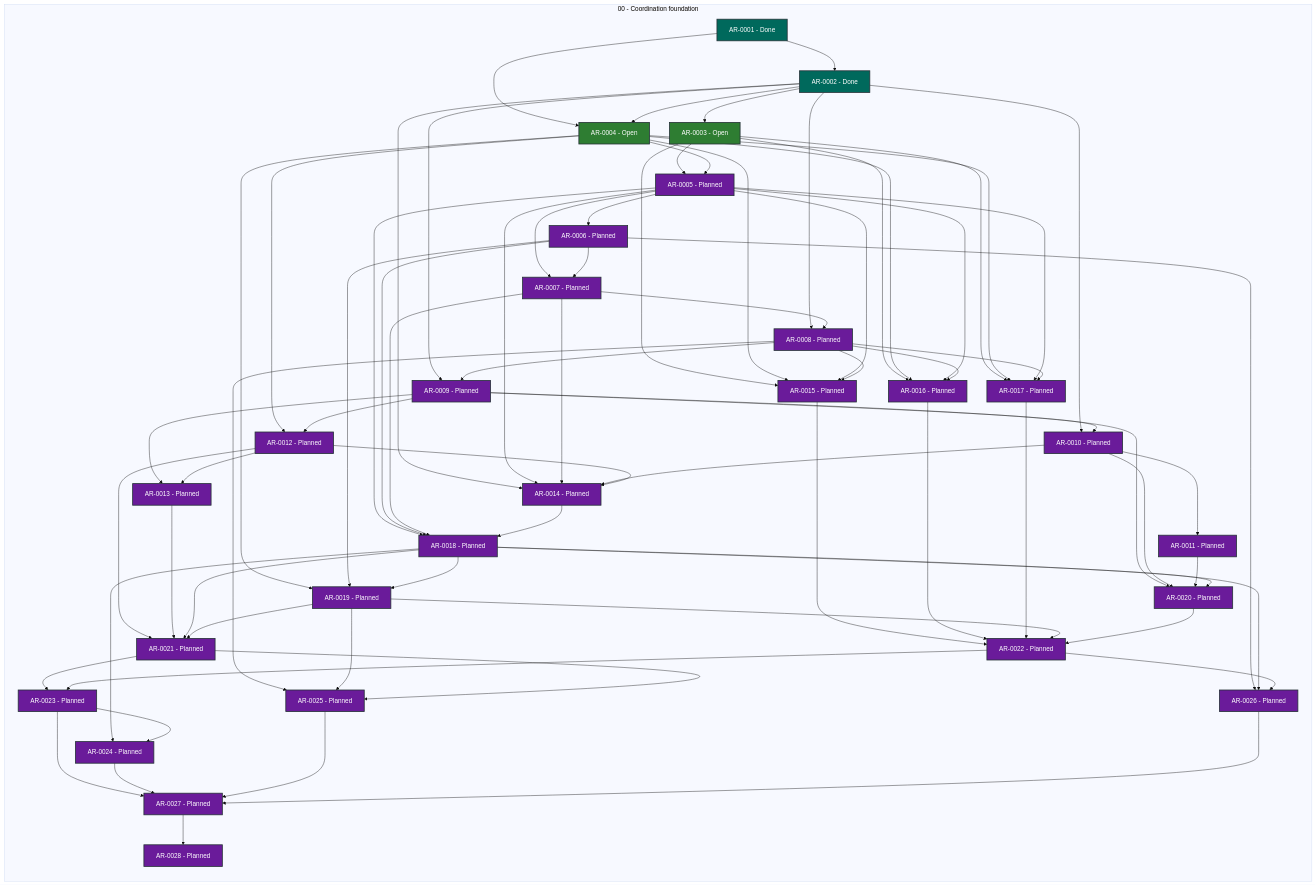
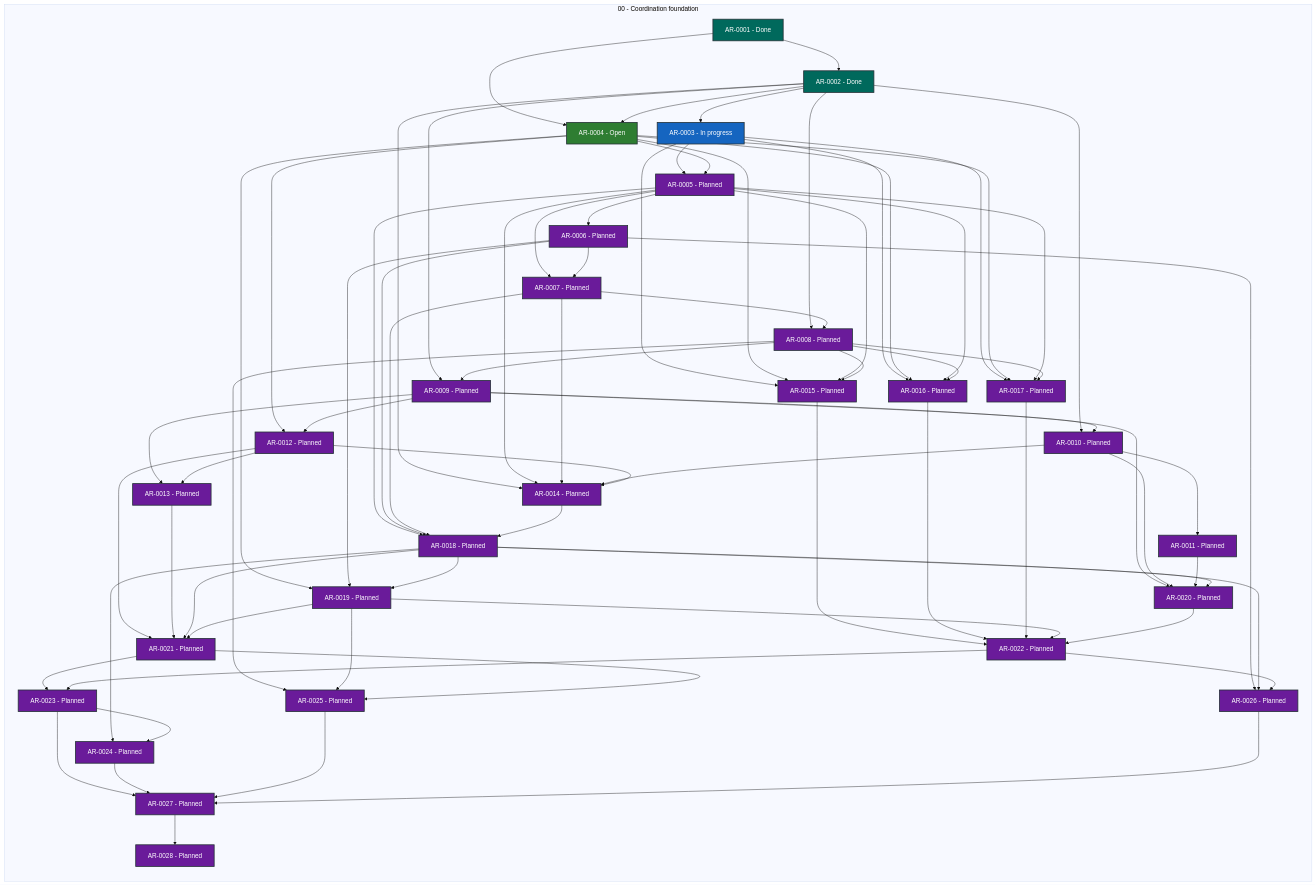
The diagram in STATUS.md (martin-beck/agent-workflow-runtime-state), drawn with Mermaid (base theme) before and after one commit. The commit also changed other lines of this file and 2 other files, not shown here.

```diff
--- a/STATUS.md
+++ b/STATUS.md
@@ -30,7 +30,7 @@
         direction TB
         AR_0001["AR-0001 - Done"]:::status_done
         AR_0002["AR-0002 - Done"]:::status_done
-        AR_0003["AR-0003 - Open"]:::status_open
+        AR_0003["AR-0003 - In progress"]:::status_in_progress
         AR_0004["AR-0004 - Open"]:::status_open
         AR_0005["AR-0005 - Planned"]:::status_planned
         AR_0006["AR-0006 - Planned"]:::status_planned
```
